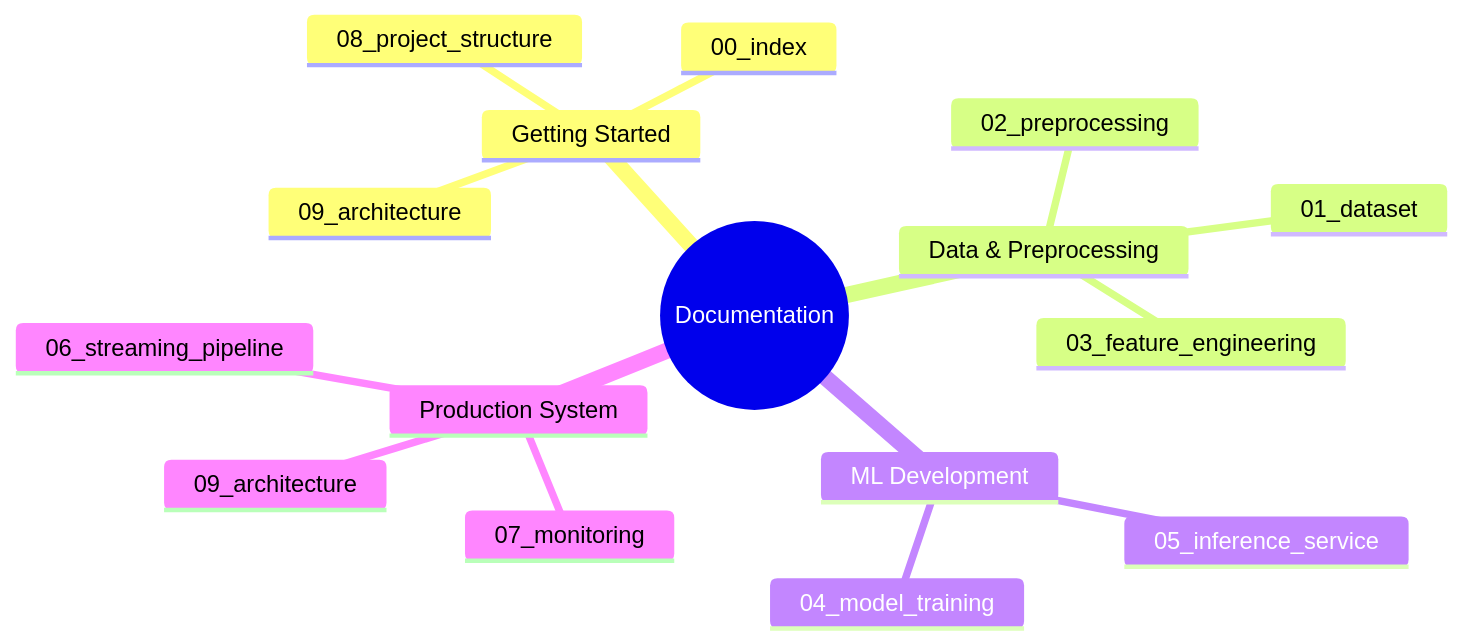
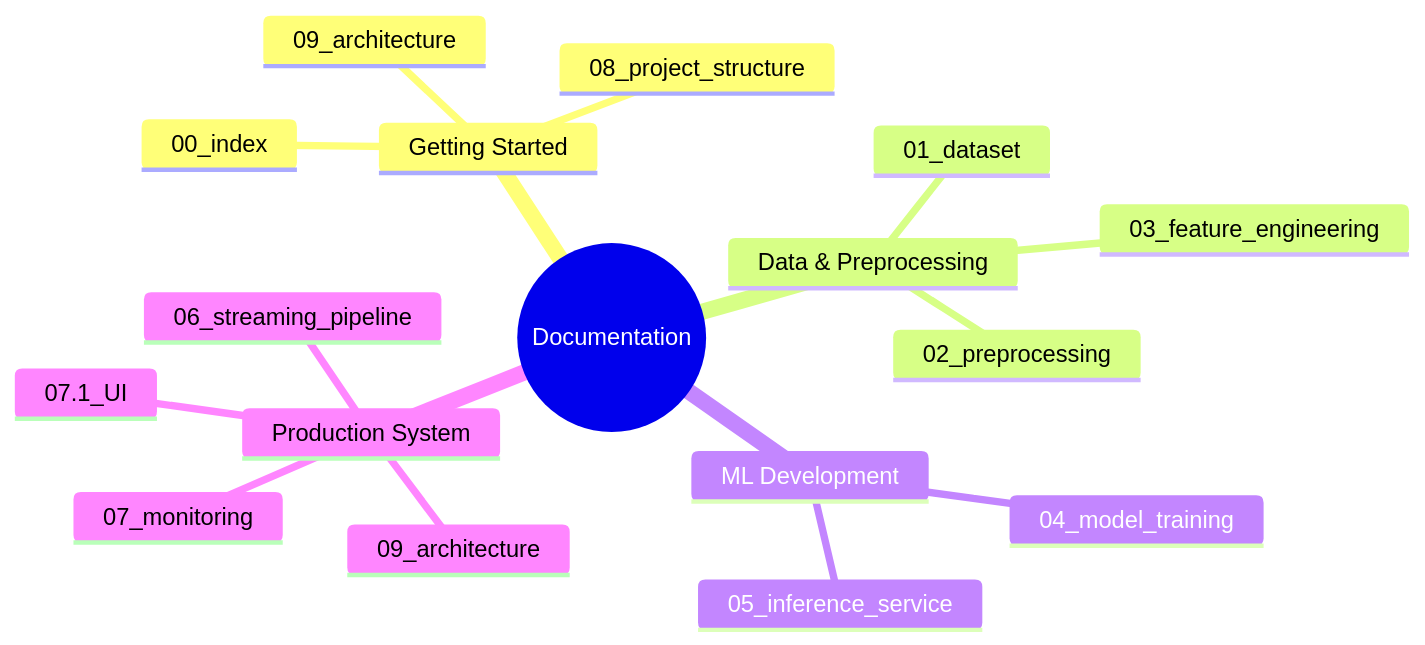
Before and after one commit to nasim-raj-laskar/Real-Time-Aircraft-Engine-Predictive-Maintenance-System: the first of 2 diagrams in docs/00_index.md, drawn with Mermaid. The commit also changed other lines of this file and 5 other files, not shown here.

````diff
--- a/docs/00_index.md
+++ b/docs/00_index.md
@@ -9,19 +9,20 @@
 ```mermaid
 mindmap
   root((Documentation))
     Getting Started
       00_index
       08_project_structure
       09_architecture
     Data & Preprocessing
       01_dataset
       02_preprocessing
       03_feature_engineering
     ML Development
       04_model_training
       05_inference_service
     Production System
       06_streaming_pipeline
       07_monitoring
+      07.1_UI
       09_architecture
 ```
````
